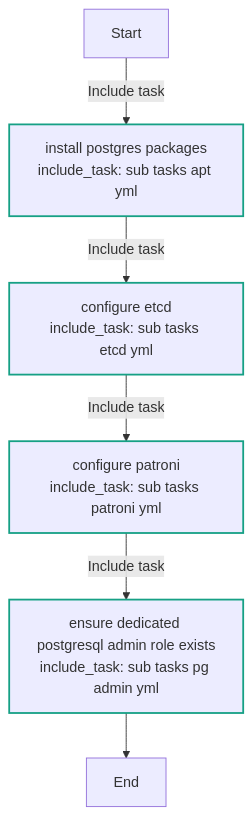
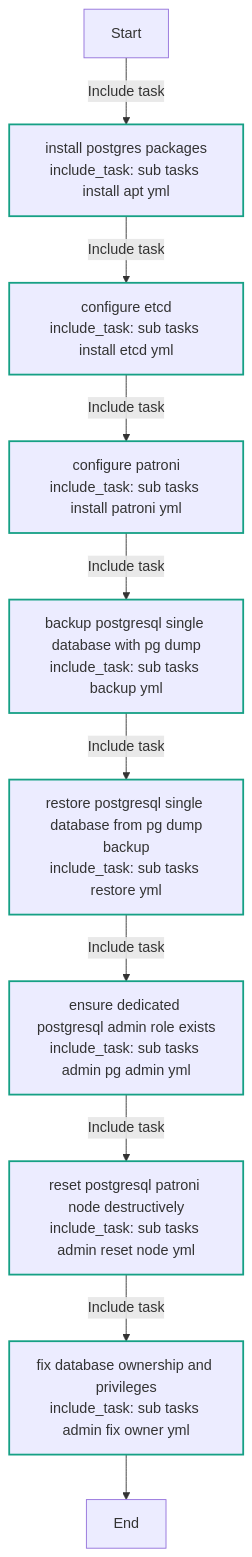
One commit to Lebowski89/homelab changed the first of 9 diagrams in ansible/roles/postgres/README.md. Above: the diagram before and after it, drawn with Mermaid. The commit also changed other lines of this file and 16 other files, not shown here.

Commit message:
refactor(postgres): overhaul cluster role tasks

````diff
--- a/ansible/roles/postgres/README.md
+++ b/ansible/roles/postgres/README.md
@@ -129,18 +213,22 @@
 ```mermaid
 flowchart TD
 Start
 classDef block stroke:#3498db,stroke-width:2px;
 classDef task stroke:#4b76bb,stroke-width:2px;
 classDef includeTasks stroke:#16a085,stroke-width:2px;
 classDef importTasks stroke:#34495e,stroke-width:2px;
 classDef includeRole stroke:#2980b9,stroke-width:2px;
 classDef importRole stroke:#699ba7,stroke-width:2px;
 classDef includeVars stroke:#8e44ad,stroke-width:2px;
 classDef rescue stroke:#665352,stroke-width:2px;
 
-  Start-->|Include task| Install_postgres_packages_sub_tasks_apt_yml_0[install postgres packages<br>include_task: sub tasks apt yml]:::includeTasks
-  Install_postgres_packages_sub_tasks_apt_yml_0-->|Include task| Configure_etcd_sub_tasks_etcd_yml_1[configure etcd<br>include_task: sub tasks etcd yml]:::includeTasks
-  Configure_etcd_sub_tasks_etcd_yml_1-->|Include task| Configure_Patroni_sub_tasks_patroni_yml_2[configure patroni<br>include_task: sub tasks patroni yml]:::includeTasks
-  Configure_Patroni_sub_tasks_patroni_yml_2-->|Include task| Ensure_dedicated_PostgreSQL_admin_role_exists_sub_tasks_pg_admin_yml_3[ensure dedicated postgresql admin role exists<br>include_task: sub tasks pg admin yml]:::includeTasks
-  Ensure_dedicated_PostgreSQL_admin_role_exists_sub_tasks_pg_admin_yml_3-->End
+  Start-->|Include task| Install_postgres_packages_sub_tasks_install_apt_yml_0[install postgres packages<br>include_task: sub tasks install apt yml]:::includeTasks
+  Install_postgres_packages_sub_tasks_install_apt_yml_0-->|Include task| Configure_etcd_sub_tasks_install_etcd_yml_1[configure etcd<br>include_task: sub tasks install etcd yml]:::includeTasks
+  Configure_etcd_sub_tasks_install_etcd_yml_1-->|Include task| Configure_Patroni_sub_tasks_install_patroni_yml_2[configure patroni<br>include_task: sub tasks install patroni yml]:::includeTasks
+  Configure_Patroni_sub_tasks_install_patroni_yml_2-->|Include task| Backup_PostgreSQL_single_database_with_pg_dump_sub_tasks_backup_yml_3[backup postgresql single database with pg dump<br>include_task: sub tasks backup yml]:::includeTasks
+  Backup_PostgreSQL_single_database_with_pg_dump_sub_tasks_backup_yml_3-->|Include task| Restore_PostgreSQL_single_database_from_pg_dump_backup_sub_tasks_restore_yml_4[restore postgresql single database from pg dump<br>backup<br>include_task: sub tasks restore yml]:::includeTasks
+  Restore_PostgreSQL_single_database_from_pg_dump_backup_sub_tasks_restore_yml_4-->|Include task| Ensure_dedicated_PostgreSQL_admin_role_exists_sub_tasks_admin_pg_admin_yml_5[ensure dedicated postgresql admin role exists<br>include_task: sub tasks admin pg admin yml]:::includeTasks
+  Ensure_dedicated_PostgreSQL_admin_role_exists_sub_tasks_admin_pg_admin_yml_5-->|Include task| Reset_PostgreSQL_Patroni_node_destructively_sub_tasks_admin_reset_node_yml_6[reset postgresql patroni node destructively<br>include_task: sub tasks admin reset node yml]:::includeTasks
+  Reset_PostgreSQL_Patroni_node_destructively_sub_tasks_admin_reset_node_yml_6-->|Include task| Fix_database_ownership_and_privileges_sub_tasks_admin_fix_owner_yml_7[fix database ownership and privileges<br>include_task: sub tasks admin fix owner yml]:::includeTasks
+  Fix_database_ownership_and_privileges_sub_tasks_admin_fix_owner_yml_7-->End
 ```
````
